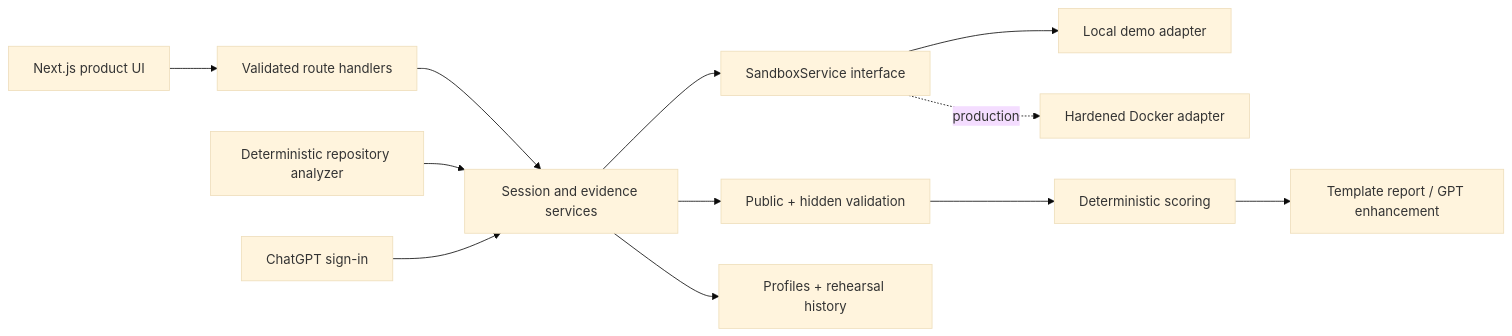
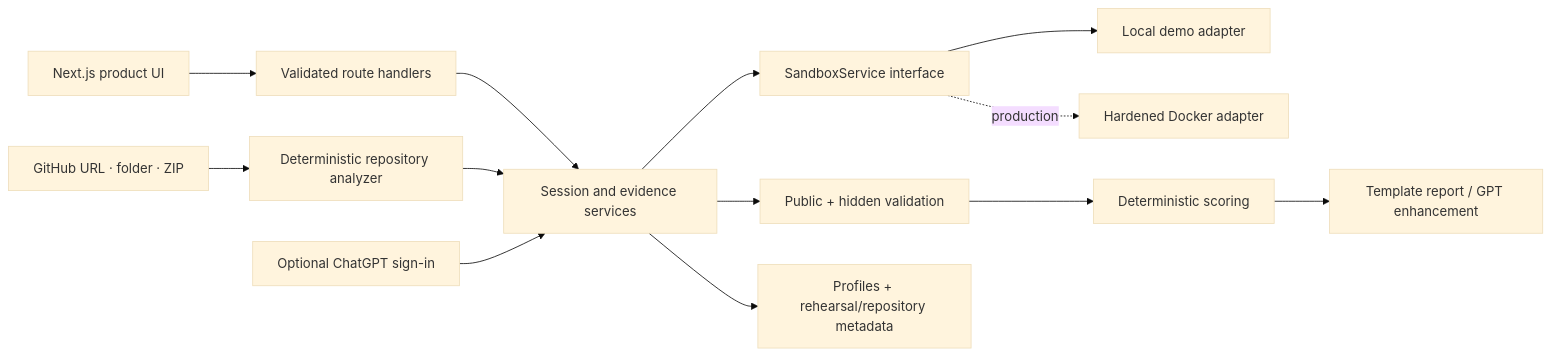
Before and after one commit to agcodin/reporehearsal: the diagram in docs/ARCHITECTURE.md, drawn with Mermaid (base theme). The commit also changed other lines of this file and 27 other files, not shown here.

Commit message:
feat: open public repository intake

````diff
--- a/docs/ARCHITECTURE.md
+++ b/docs/ARCHITECTURE.md
@@ -5,14 +5,15 @@
 ```mermaid
 flowchart LR
   UI[Next.js product UI] --> API[Validated route handlers]
   API --> Sessions[Session and evidence services]
   Sessions --> Sandbox[SandboxService interface]
   Sandbox --> Local[Local demo adapter]
   Sandbox -. production .-> Docker[Hardened Docker adapter]
   Sessions --> Validate[Public + hidden validation]
   Validate --> Score[Deterministic scoring]
   Score --> Report[Template report / GPT enhancement]
   Analyzer[Deterministic repository analyzer] --> Sessions
-  Auth[ChatGPT sign-in] --> Sessions
-  Sessions --> D1[Profiles + rehearsal history]
+  Intake[GitHub URL · folder · ZIP] --> Analyzer
+  Auth[Optional ChatGPT sign-in] --> Sessions
+  Sessions --> D1[Profiles + rehearsal/repository metadata]
 ```
````
